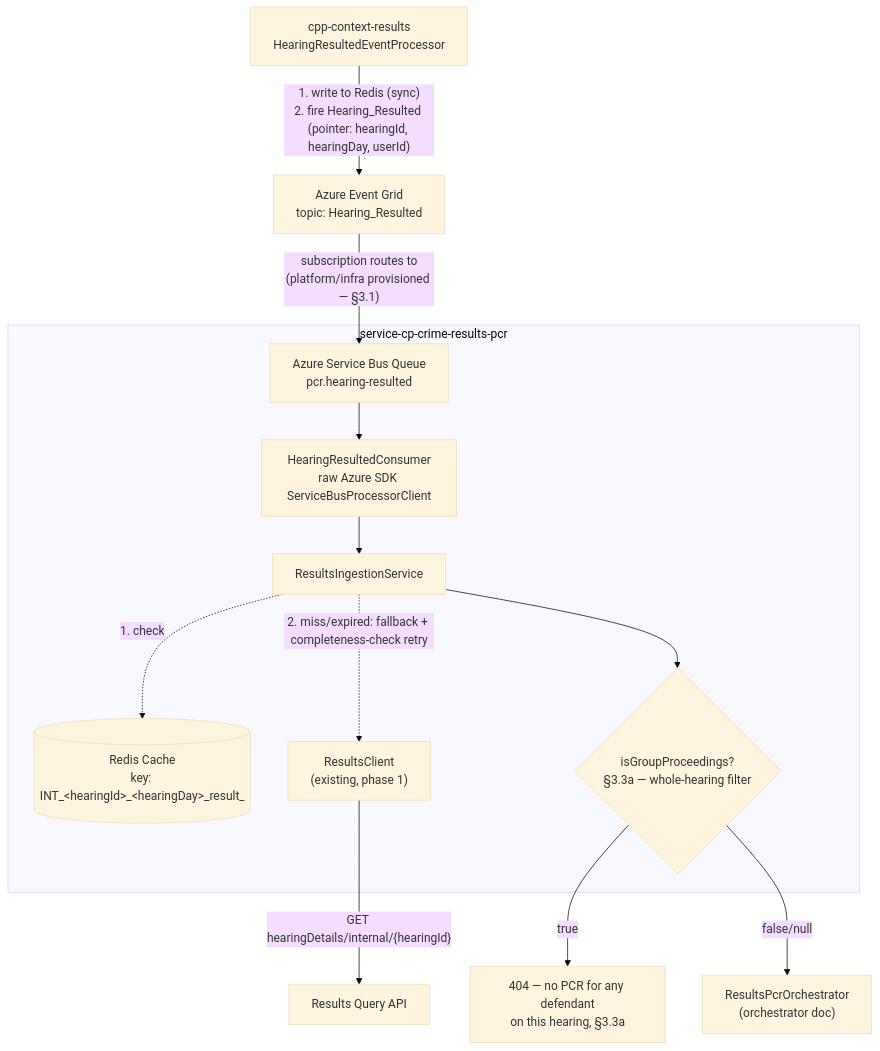
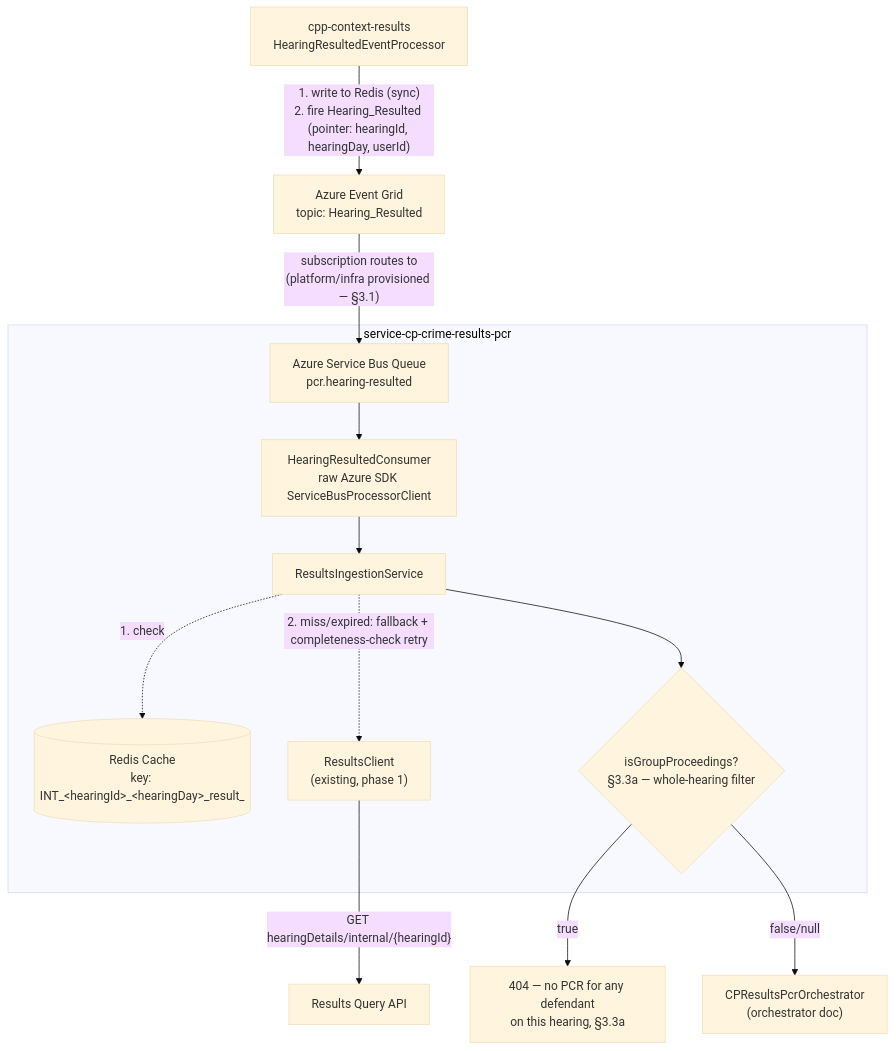
The first of 2 diagrams in docs/designs/2026-07-22-pcr-hearing-event-ingestion-design.md (hmcts/service-cp-crime-results-pcr), drawn with Mermaid (base theme) before and after one commit. The commit also changed other lines of this file and 27 other files, not shown here.

````diff
--- a/docs/designs/2026-07-22-pcr-hearing-event-ingestion-design.md
+++ b/docs/designs/2026-07-22-pcr-hearing-event-ingestion-design.md
@@ -65,18 +65,18 @@
 ```mermaid
 flowchart TB
     Results["cpp-context-results<br/>HearingResultedEventProcessor"] -->|"1. write to Redis (sync)<br/>2. fire Hearing_Resulted (pointer: hearingId, hearingDay, userId)"| Grid["Azure Event Grid<br/>topic: Hearing_Resulted"]
     Grid -->|"subscription routes to<br/>(platform/infra provisioned — §3.1)"| Bus["Azure Service Bus Queue<br/>pcr.hearing-resulted"]
 
     subgraph PCR["service-cp-crime-results-pcr"]
         Bus --> Consumer["HearingResultedConsumer<br/>raw Azure SDK ServiceBusProcessorClient"]
         Consumer --> Ingestion["ResultsIngestionService"]
         Ingestion -.->|"1. check"| Redis[("Redis Cache<br/>key: INT_&lt;hearingId&gt;_&lt;hearingDay&gt;_result_")]
         Ingestion -.->|"2. miss/expired: fallback + completeness-check retry"| RQC["ResultsClient<br/>(existing, phase 1)"]
         Ingestion --> GroupCheck{"isGroupProceedings?<br/>§3.3a — whole-hearing filter"}
     end
 
     RQC -->|"GET hearingDetails/internal/{hearingId}"| ResultsAPI["Results Query API"]
 
     GroupCheck -->|"true"| NoPcr["404 — no PCR for any defendant<br/>on this hearing, §3.3a"]
-    GroupCheck -->|"false/null"| Downstream["ResultsPcrOrchestrator<br/>(orchestrator doc)"]
+    GroupCheck -->|"false/null"| Downstream["CPResultsPcrOrchestrator<br/>(orchestrator doc)"]
 ```
````
